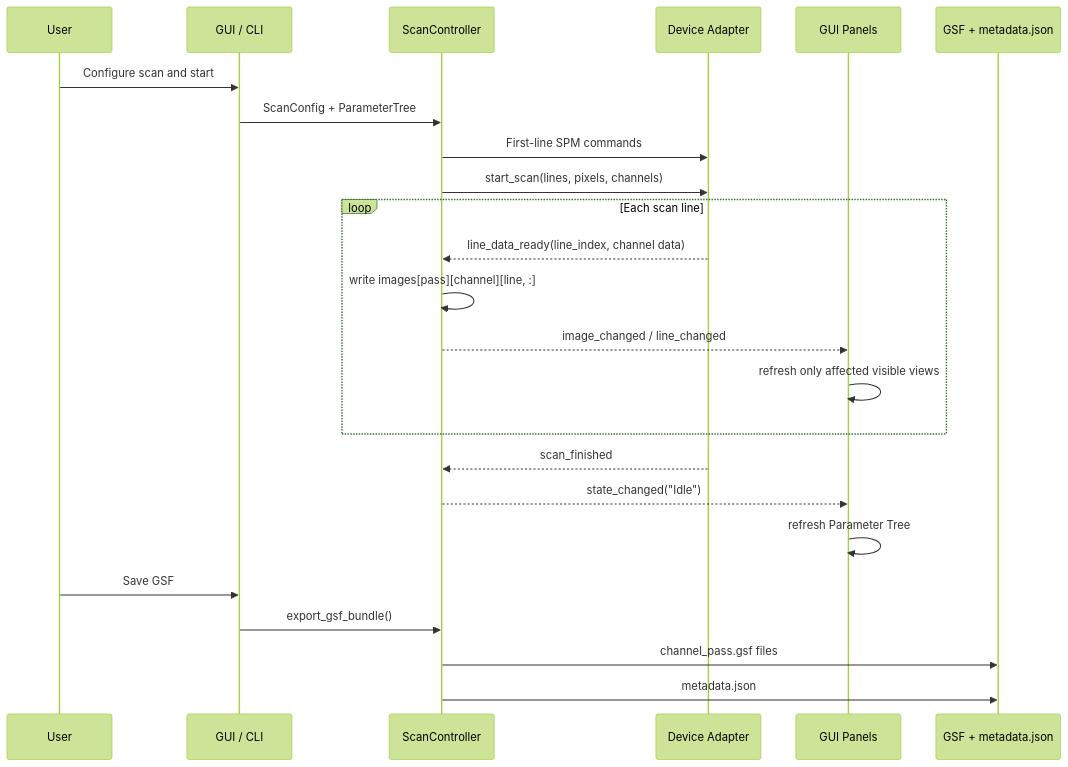
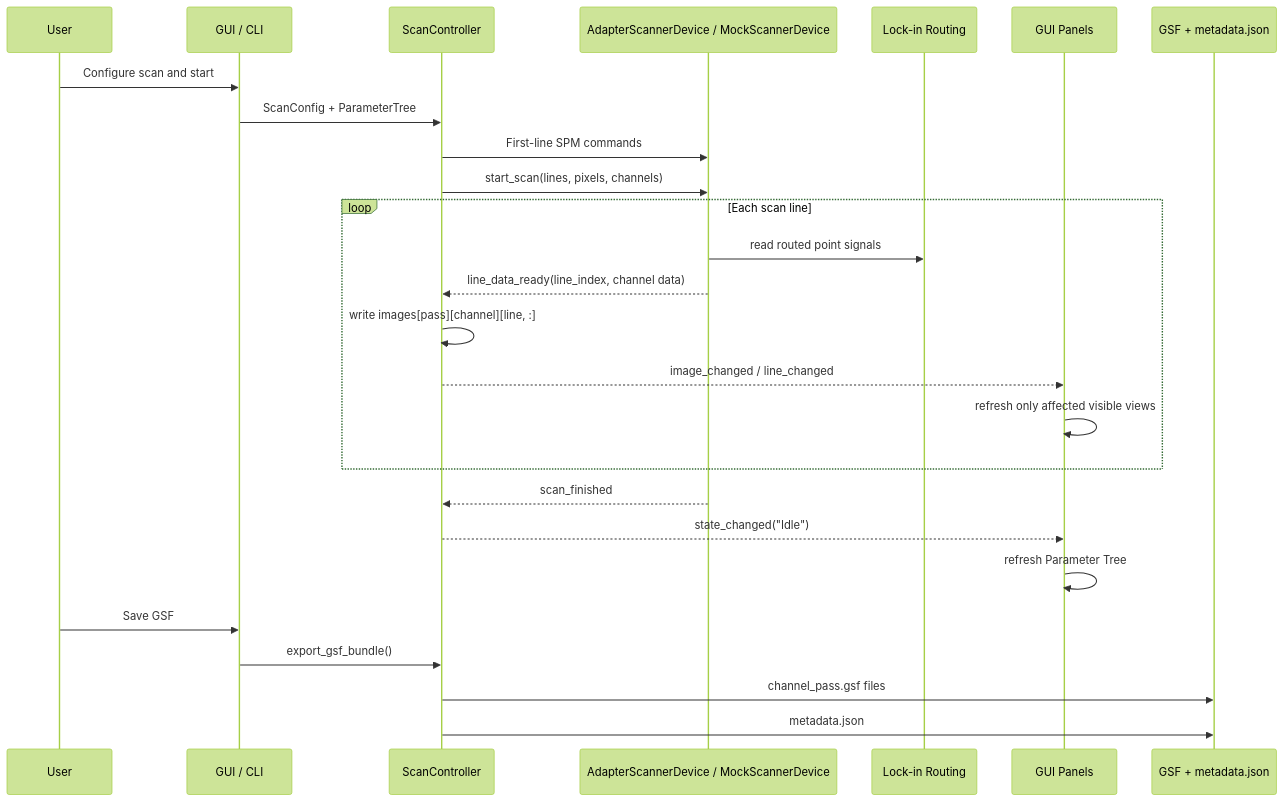
Before and after one commit to skdxwldwyz7/AFM-Scanner-software-for-MIM-by-Zurich-HF2LI-: the second of 3 diagrams in afm_gui/docs/architecture_diagram.md, drawn with Mermaid (forest theme). The commit also changed other lines of this file and 35 other files, not shown here.

````diff
--- a/afm_gui/docs/architecture_diagram.md
+++ b/afm_gui/docs/architecture_diagram.md
@@ -87,30 +92,32 @@
 ```mermaid
 sequenceDiagram
     participant User
     participant GUI as GUI / CLI
     participant Ctrl as ScanController
-    participant Dev as Device Adapter
+    participant Dev as AdapterScannerDevice / MockScannerDevice
+    participant Routing as Lock-in Routing
     participant View as GUI Panels
     participant Export as GSF + metadata.json
 
     User->>GUI: Configure scan and start
     GUI->>Ctrl: ScanConfig + ParameterTree
     Ctrl->>Dev: First-line SPM commands
     Ctrl->>Dev: start_scan(lines, pixels, channels)
 
     loop Each scan line
+        Dev->>Routing: read routed point signals
         Dev-->>Ctrl: line_data_ready(line_index, channel data)
         Ctrl->>Ctrl: write images[pass][channel][line, :]
         Ctrl-->>View: image_changed / line_changed
         View->>View: refresh only affected visible views
     end
 
     Dev-->>Ctrl: scan_finished
     Ctrl-->>View: state_changed("Idle")
     View->>View: refresh Parameter Tree
 
     User->>GUI: Save GSF
     GUI->>Ctrl: export_gsf_bundle()
     Ctrl->>Export: channel_pass.gsf files
     Ctrl->>Export: metadata.json
 ```
````
